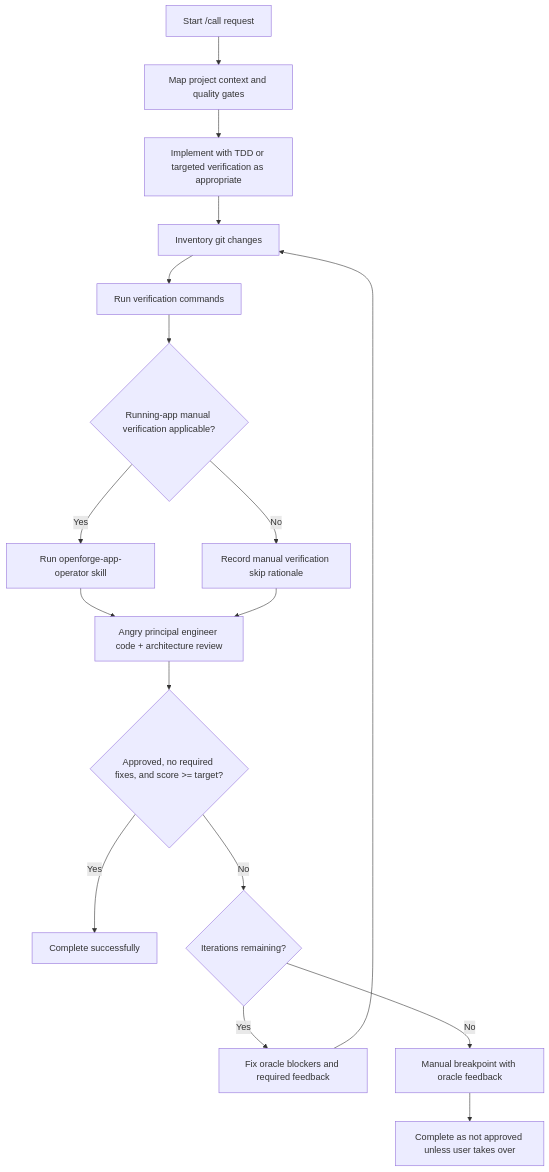
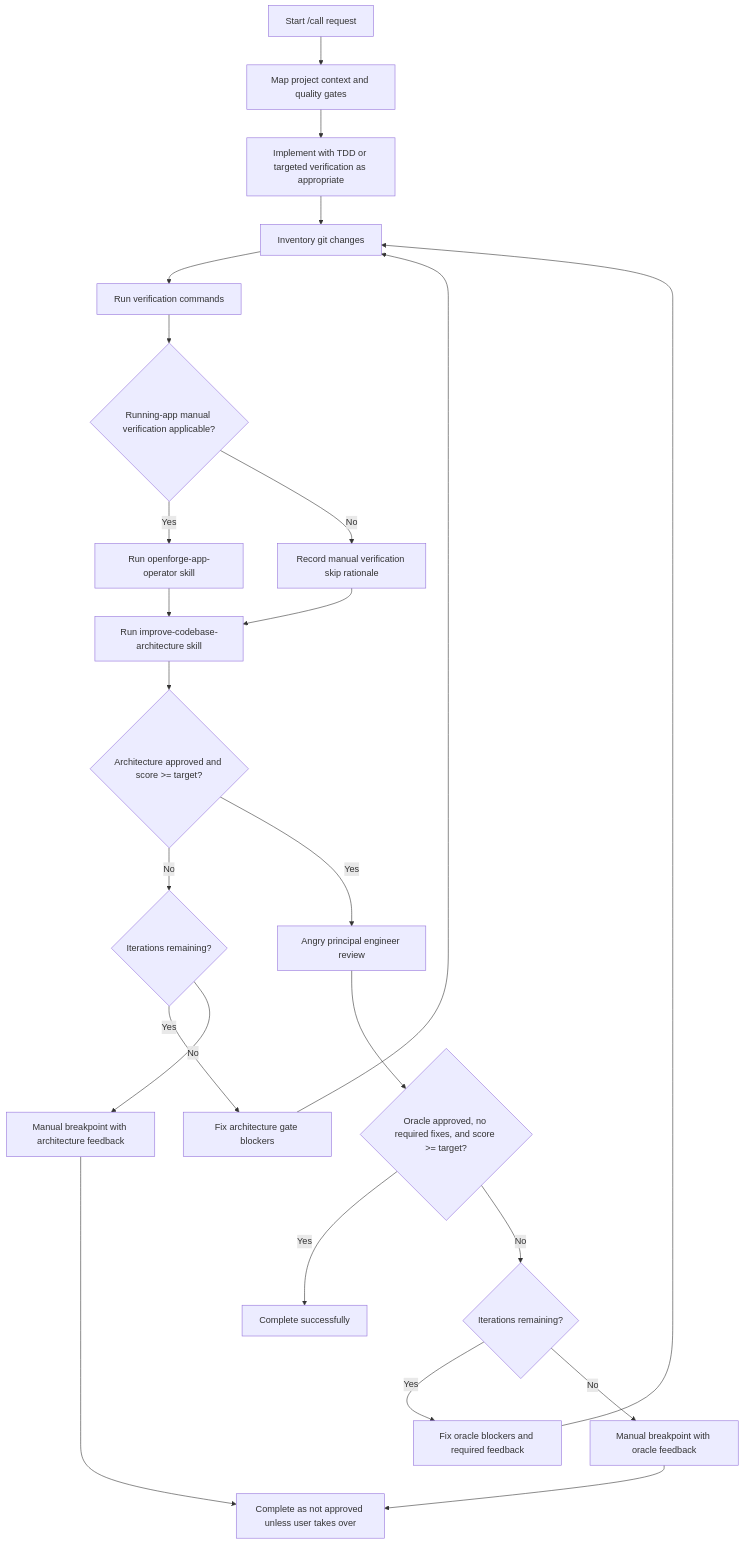
One commit to koenvangeert/openforge changed the diagram in .a5c/processes/angry-oracle-code-change.mermaid.md. Above: the diagram before and after it, drawn with Mermaid. The commit also changed 3 other files, not shown here.

Commit message:
Add Babysitter architecture review gate

````diff
--- a/.a5c/processes/angry-oracle-code-change.mermaid.md
+++ b/.a5c/processes/angry-oracle-code-change.mermaid.md
@@ -3,19 +3,26 @@
 ```mermaid
 flowchart TD
     A[Start /call request] --> B[Map project context and quality gates]
     B --> C[Implement with TDD or targeted verification as appropriate]
     C --> D[Inventory git changes]
     D --> E[Run verification commands]
     E --> F{Running-app manual verification applicable?}
     F -- Yes --> G[Run openforge-app-operator skill]
     F -- No --> H[Record manual verification skip rationale]
-    G --> I[Angry principal engineer code + architecture review]
+    G --> I[Run improve-codebase-architecture skill]
     H --> I
-    I --> J{Approved, no required fixes, and score >= target?}
-    J -- Yes --> K[Complete successfully]
+    I --> J{Architecture approved and score >= target?}
     J -- No --> L{Iterations remaining?}
-    L -- Yes --> M[Fix oracle blockers and required feedback]
+    L -- Yes --> M[Fix architecture gate blockers]
     M --> D
-    L -- No --> N[Manual breakpoint with oracle feedback]
-    N --> O[Complete as not approved unless user takes over]
+    L -- No --> N[Manual breakpoint with architecture feedback]
+    J -- Yes --> P[Angry principal engineer review]
+    P --> Q{Oracle approved, no required fixes, and score >= target?}
+    Q -- Yes --> K[Complete successfully]
+    Q -- No --> R{Iterations remaining?}
+    R -- Yes --> S[Fix oracle blockers and required feedback]
+    S --> D
+    R -- No --> T[Manual breakpoint with oracle feedback]
+    T --> O[Complete as not approved unless user takes over]
+    N --> O
 ```
````
